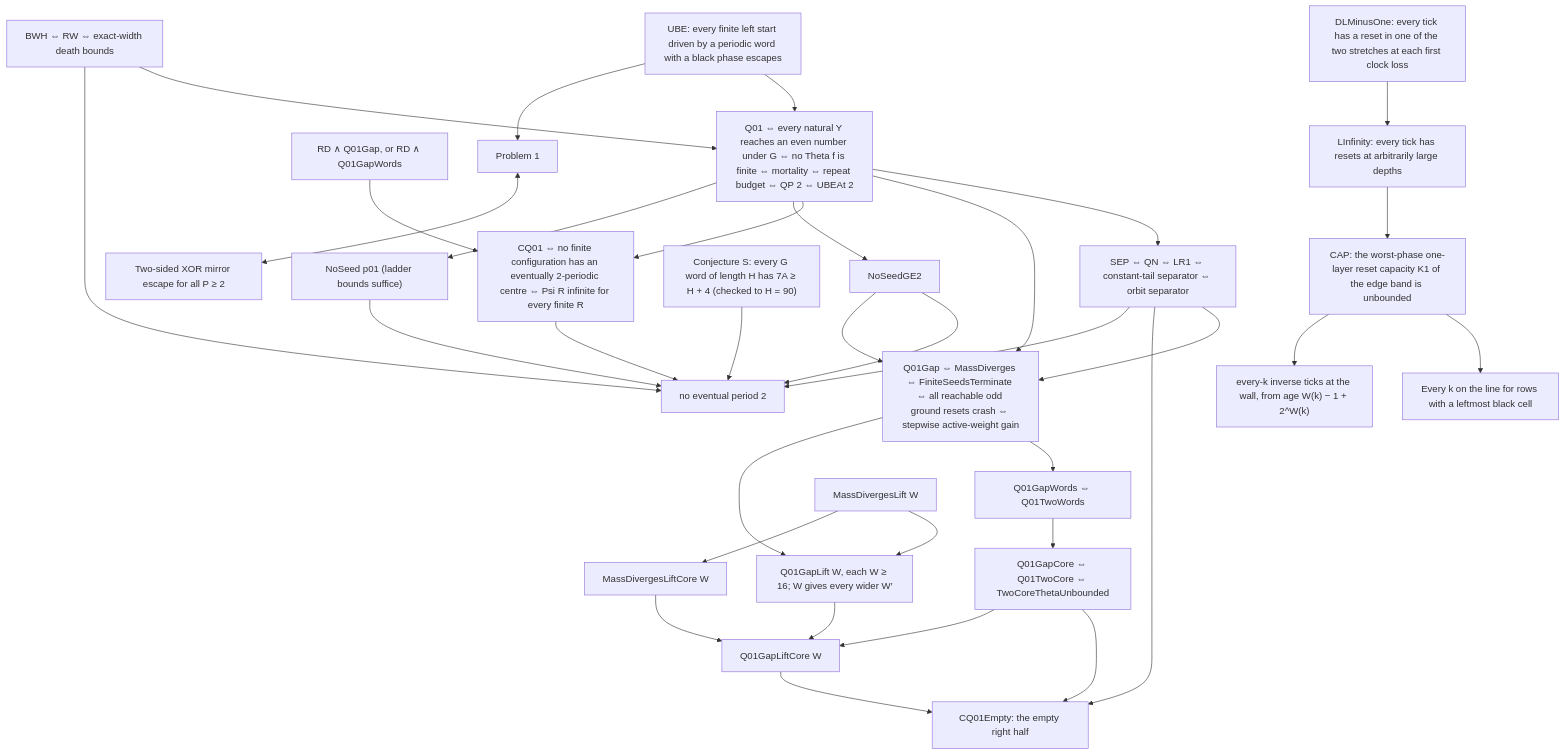
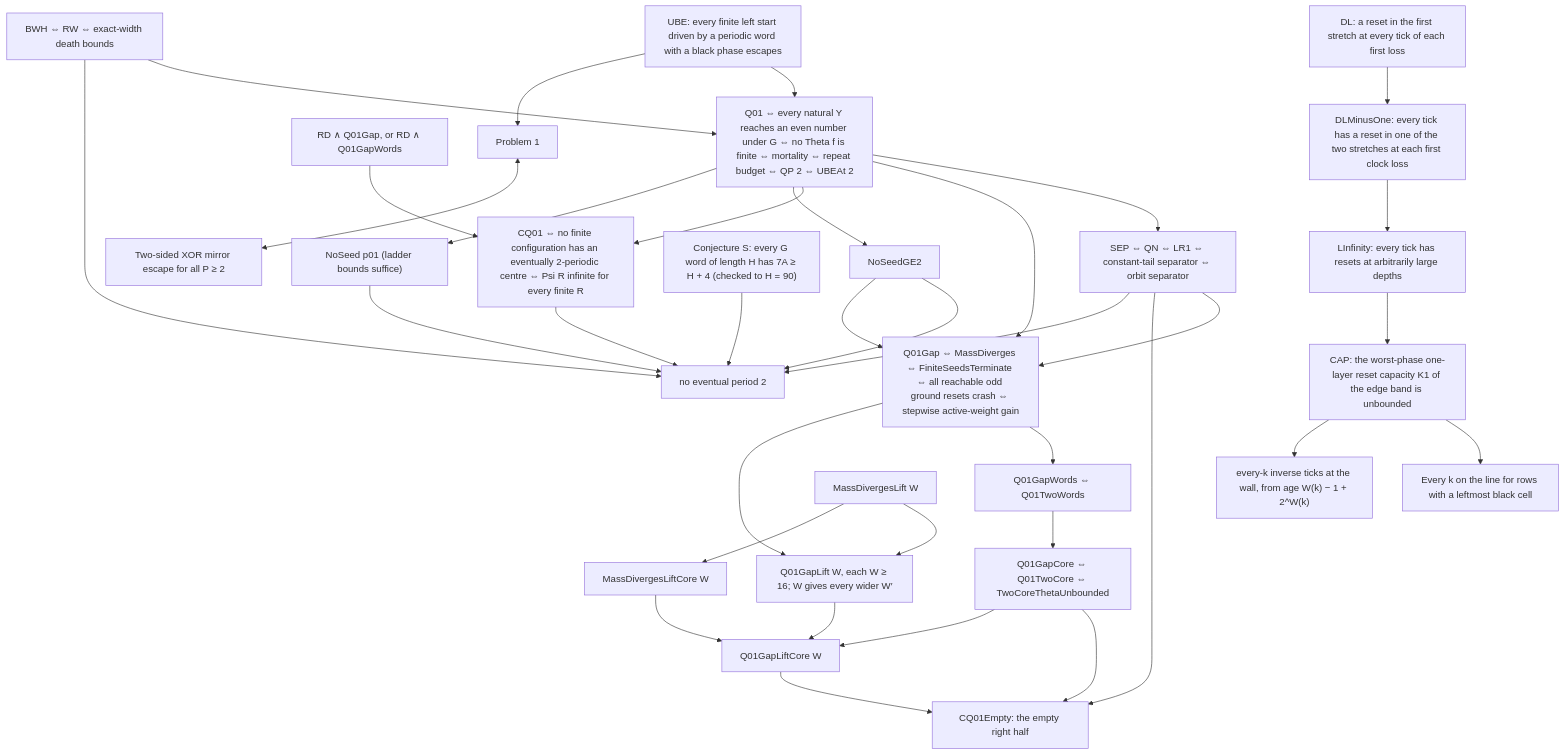
The diagram in KIT.md (ghywel/rule30reset), drawn with Mermaid before and after one commit. The commit also changed other lines of this file and 6 other files, not shown here.

````diff
--- a/KIT.md
+++ b/KIT.md
@@ -48,31 +48,32 @@
 ```mermaid
 graph TD
   UBE["UBE: every finite left start driven by a periodic word with a black phase escapes"] --> Q01
   BWH["BWH ⇔ RW ⇔ exact-width death bounds"] --> Q01
   Q01["Q01 ⇔ every natural Y reaches an even number under G ⇔ no Theta f is finite ⇔ mortality ⇔ repeat budget ⇔ QP 2 ⇔ UBEAt 2"]
   Q01 --> SEP["SEP ⇔ QN ⇔ LR1 ⇔ constant-tail separator ⇔ orbit separator"]
   Q01 --> Q01Gap["Q01Gap ⇔ MassDiverges ⇔ FiniteSeedsTerminate ⇔ all reachable odd ground resets crash ⇔ stepwise active-weight gain"]
   SEP --> Q01Gap
   Q01Gap --> Q01GW["Q01GapWords ⇔ Q01TwoWords"]
   Q01GW --> Q01GC["Q01GapCore ⇔ Q01TwoCore ⇔ TwoCoreThetaUnbounded"]
   Q01GC --> CQ01E["CQ01Empty: the empty right half"]
   Q01Gap --> GL["Q01GapLift W, each W ≥ 16; W gives every wider W′"] --> GLC["Q01GapLiftCore W"] --> CQ01E
   Q01GC --> GLC
   MDL["MassDivergesLift W"] --> GL
   MDL --> MDLC["MassDivergesLiftCore W"] --> GLC
   SEP --> CQ01E
   Q01 --> CQ01["CQ01 ⇔ no finite configuration has an eventually 2-periodic centre ⇔ Psi R infinite for every finite R"]
   RDQ["RD ∧ Q01Gap, or RD ∧ Q01GapWords"] --> CQ01
   CQ01 --> NP2["no eventual period 2"]
   Q01 --> NSG["NoSeedGE2"] --> NP2
   NSG --> Q01Gap
   Q01 --> NS01["NoSeed p01 (ladder bounds suffice)"] --> NP2
   CS["Conjecture S: every G word of length H has 7A ≥ H + 4 (checked to H = 90)"] --> NP2
   SEP --> NP2
   BWH --> NP2
   UBE --> P1["Problem 1"]
   P1 <--> MIR["Two-sided XOR mirror escape for all P ≥ 2"]
+  DL["DL: a reset in the first stretch at every tick of each first loss"] --> DL1
   DL1["DLMinusOne: every tick has a reset in one of the two stretches at each first clock loss"] --> LI["LInfinity: every tick has resets at arbitrarily large depths"]
   CAP --> LINE["Every k on the line for rows with a leftmost black cell"]
   LI --> CAP["CAP: the worst-phase one-layer reset capacity K1 of the edge band is unbounded"] --> EVK["every-k inverse ticks at the wall, from age W(k) − 1 + 2^W(k)"]
 ```
````
